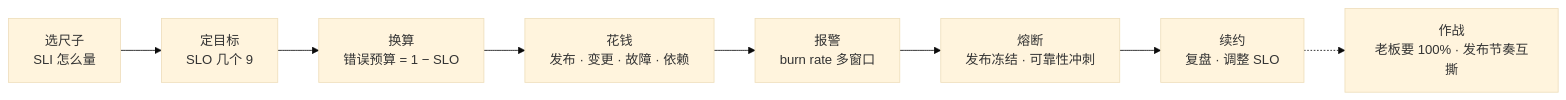
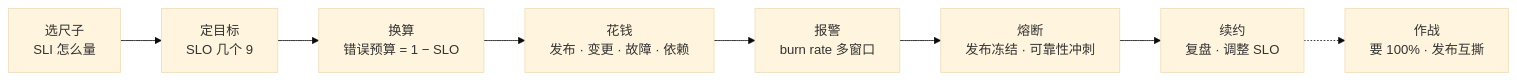
Before and after one commit to ml-cuizijun/LearnToLilith: the first of 4 diagrams in 09-可观测性与SRE方法论/06-SLI-SLO与错误预算/知识点.md, drawn with Mermaid (base theme). The commit also changed other lines of this file and 178 other files, not shown here.

````diff
--- a/09-可观测性与SRE方法论/06-SLI-SLO与错误预算/知识点.md
+++ b/09-可观测性与SRE方法论/06-SLI-SLO与错误预算/知识点.md
@@ -19,10 +14,10 @@
 ```mermaid
 flowchart LR
     A["选尺子<br/>SLI 怎么量"] --> B["定目标<br/>SLO 几个 9"]
     B --> C["换算<br/>错误预算 = 1 − SLO"]
     C --> D["花钱<br/>发布 · 变更 · 故障 · 依赖"]
     D --> E["报警<br/>burn rate 多窗口"]
     E --> F["熔断<br/>发布冻结 · 可靠性冲刺"]
     F --> G["续约<br/>复盘 · 调整 SLO"]
-    G -.-> H["作战<br/>老板要 100% · 发布节奏互撕"]
+    G -.-> H["作战<br/>要 100% · 发布互撕"]
 ```
````
